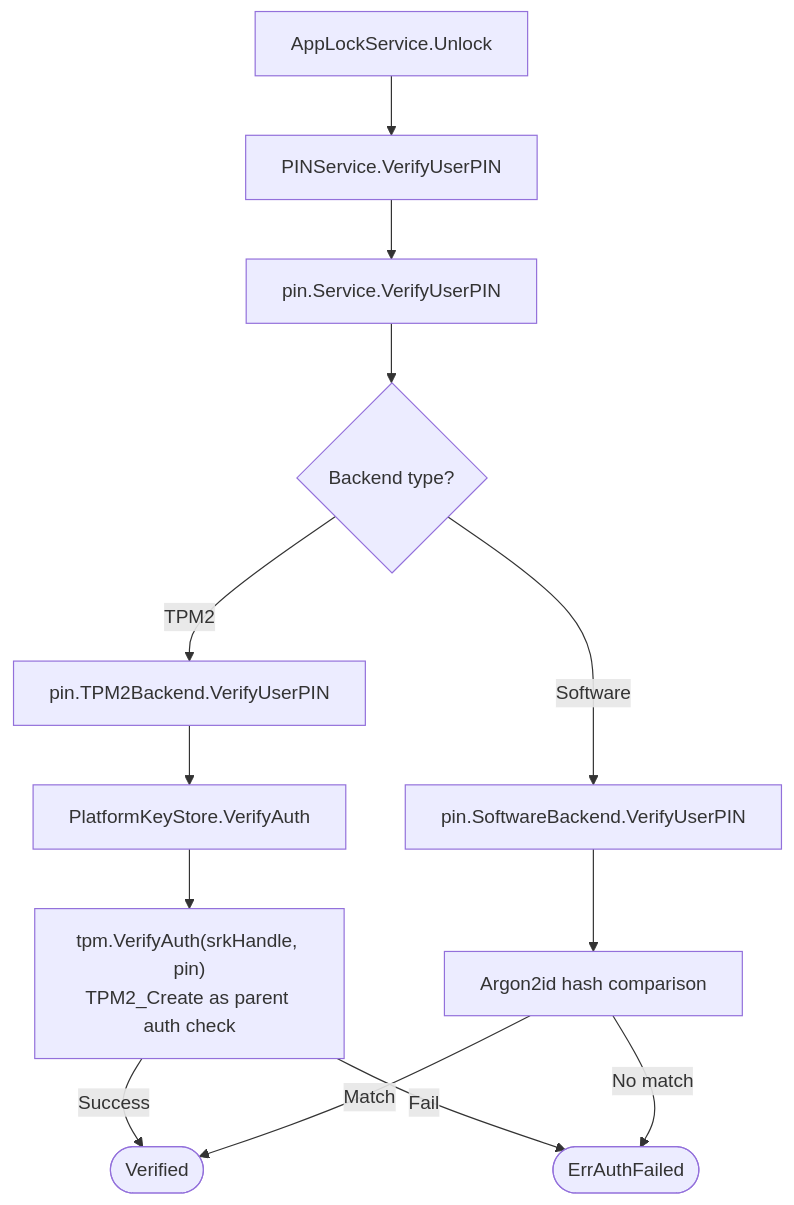
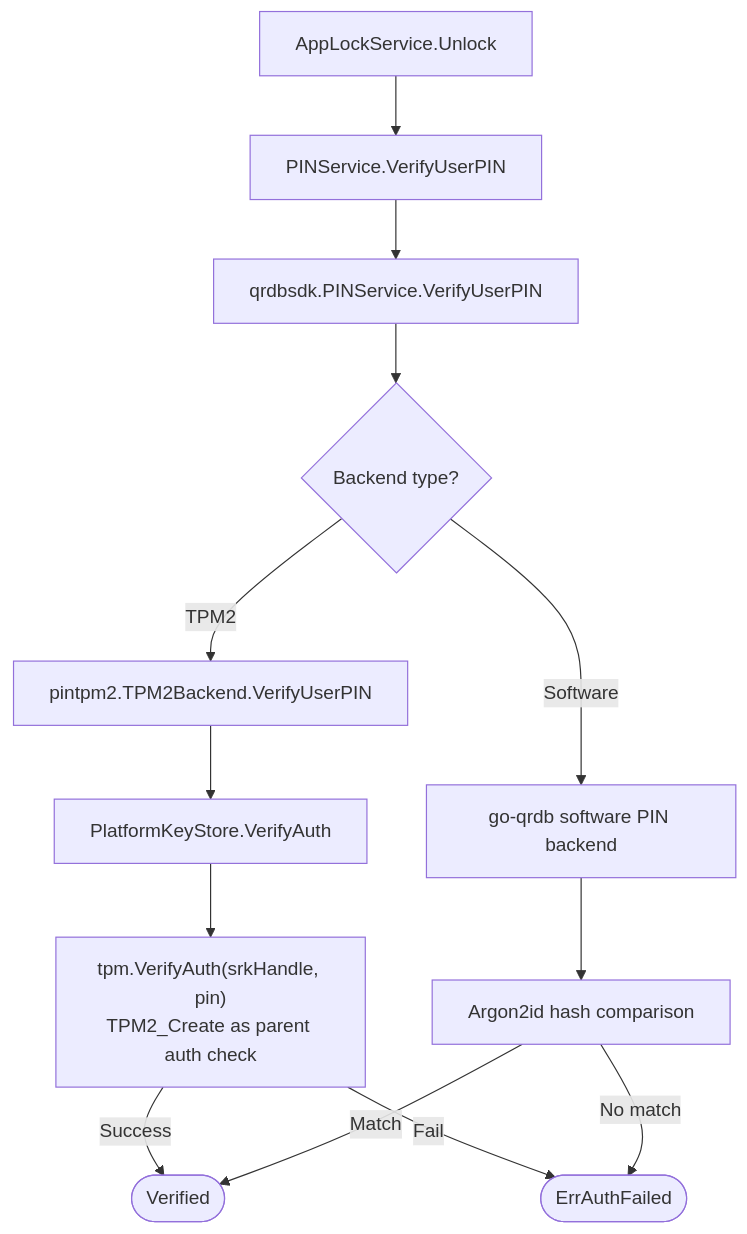
One commit to jeremyhahn/go-xkms changed the fourth of 5 diagrams in xkey/docs/architecture/setup-and-unlock-flow.md. Above: the diagram before and after it, drawn with Mermaid. The commit also changed other lines of this file and 97 other files, not shown here.

````diff
--- a/xkey/docs/architecture/setup-and-unlock-flow.md
+++ b/xkey/docs/architecture/setup-and-unlock-flow.md
@@ -180,17 +183,17 @@
 ```mermaid
 flowchart TD
     A[AppLockService.Unlock] --> B[PINService.VerifyUserPIN]
-    B --> C[pin.Service.VerifyUserPIN]
+    B --> C[qrdbsdk.PINService.VerifyUserPIN]
     C --> D{Backend type?}
 
-    D -->|TPM2| E[pin.TPM2Backend.VerifyUserPIN]
+    D -->|TPM2| E[pintpm2.TPM2Backend.VerifyUserPIN]
     E --> F[PlatformKeyStore.VerifyAuth]
     F --> G["tpm.VerifyAuth(srkHandle, pin)\nTPM2_Create as parent auth check"]
     G -->|Success| OK([Verified])
     G -->|Fail| FAIL([ErrAuthFailed])
 
-    D -->|Software| H[pin.SoftwareBackend.VerifyUserPIN]
+    D -->|Software| H[go-qrdb software PIN backend]
     H --> I[Argon2id hash comparison]
     I -->|Match| OK
     I -->|No match| FAIL
 ```
````
